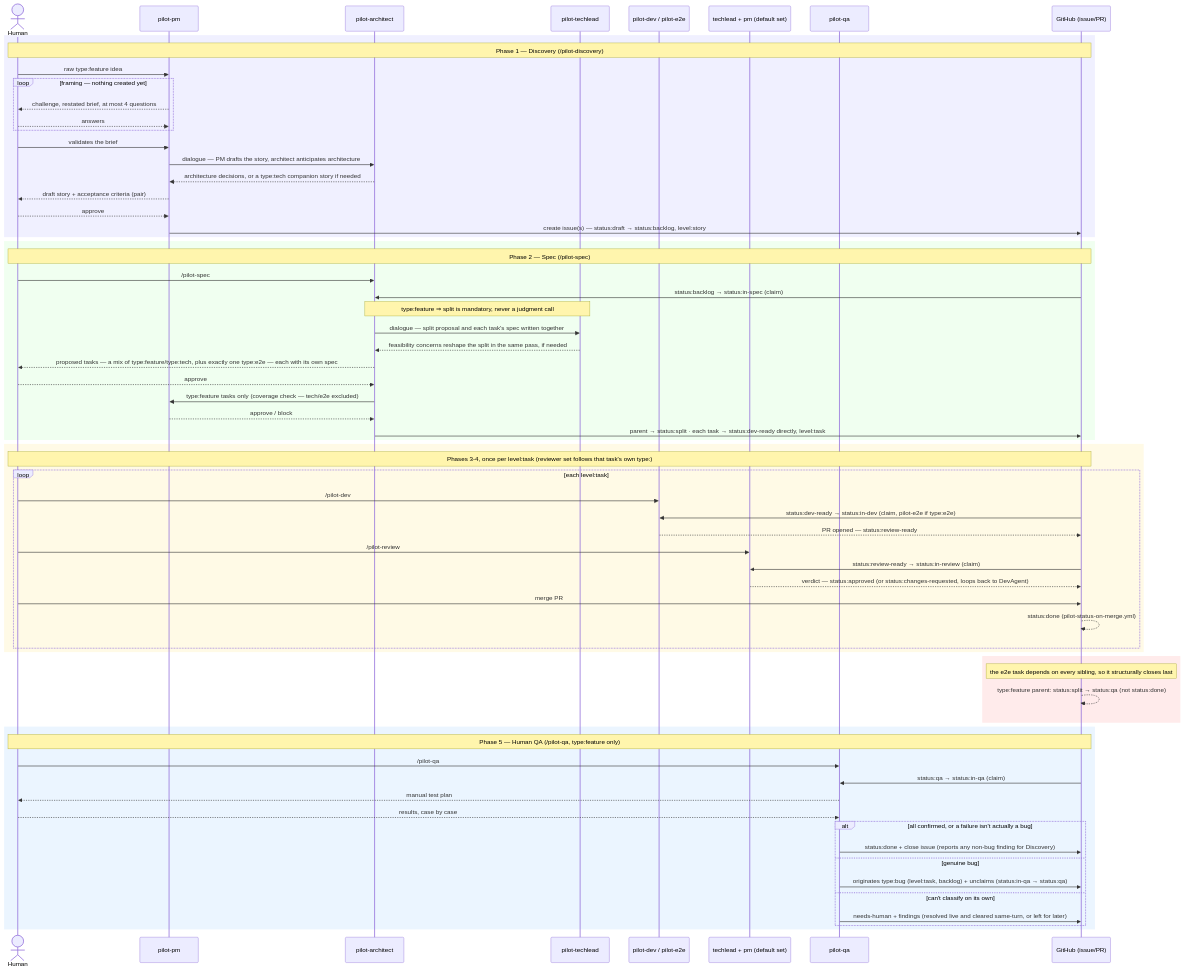
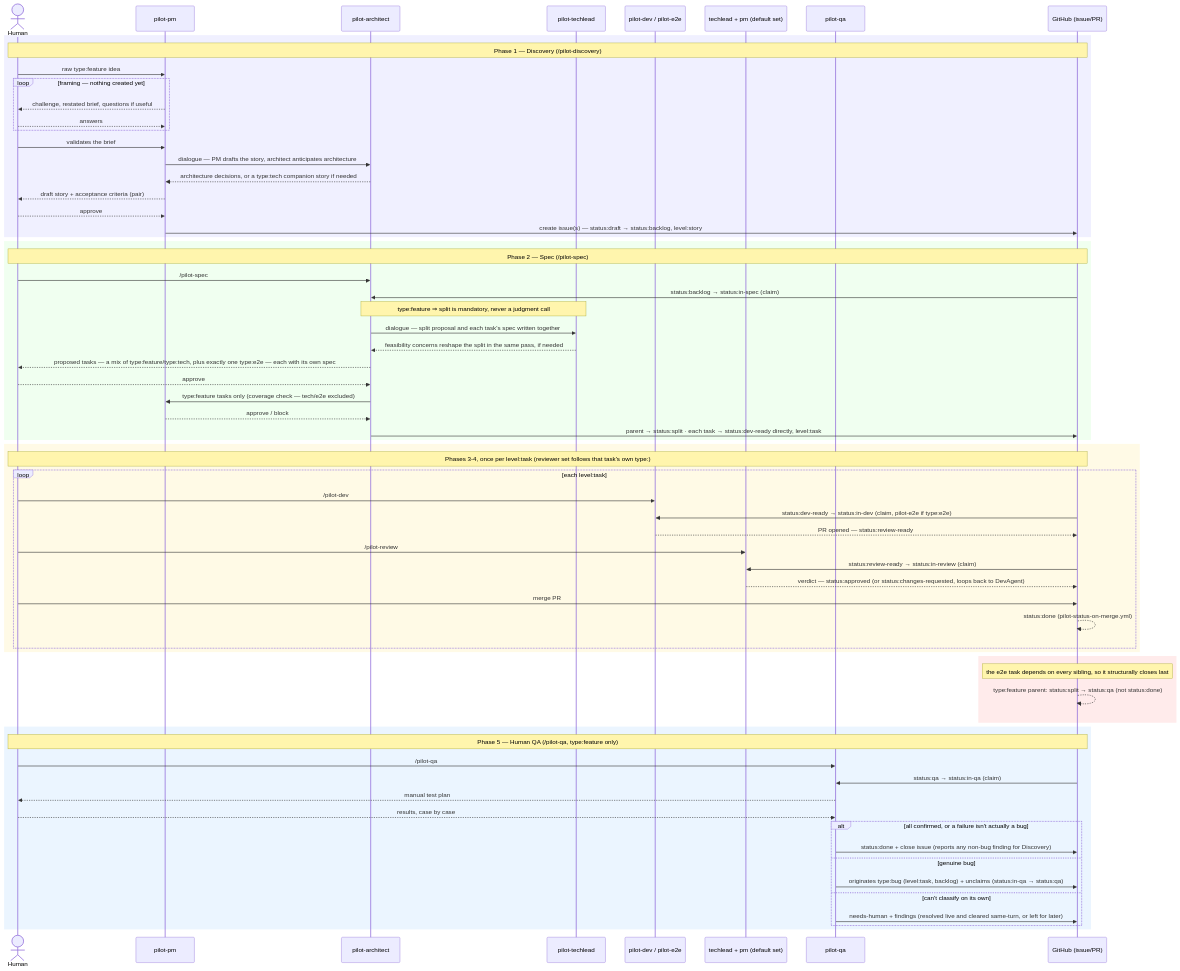
Before and after one commit to Jonas-Eve/pilot: the diagram in assets/docs/pilot-process-companion.md, drawn with Mermaid. The commit also changed 6 other files, not shown here.

````diff
--- a/assets/docs/pilot-process-companion.md
+++ b/assets/docs/pilot-process-companion.md
@@ -131,74 +131,74 @@
 ```mermaid
 sequenceDiagram
     actor Human
     participant PM as pilot-pm
     participant Arch as pilot-architect
     participant Tech as pilot-techlead
     participant DevAgent as pilot-dev / pilot-e2e
     participant Rev as techlead + pm (default set)
     participant QAAgent as pilot-qa
     participant GH as GitHub (issue/PR)
 
     rect rgb(240,240,255)
     Note over Human,GH: Phase 1 — Discovery (/pilot-discovery)
     Human->>PM: raw type:feature idea
     loop framing — nothing created yet
-        PM-->>Human: challenge, restated brief, at most 4 questions
+        PM-->>Human: challenge, restated brief, questions if useful
         Human-->>PM: answers
     end
     Human->>PM: validates the brief
     PM->>Arch: dialogue — PM drafts the story, architect anticipates architecture
     Arch-->>PM: architecture decisions, or a type:tech companion story if needed
     PM-->>Human: draft story + acceptance criteria (pair)
     Human-->>PM: approve
     PM->>GH: create issue(s) — status:draft → status:backlog, level:story
     end
 
     rect rgb(240,255,240)
     Note over Human,GH: Phase 2 — Spec (/pilot-spec)
     Human->>Arch: /pilot-spec #12
     GH->>Arch: status:backlog → status:in-spec (claim)
     Note over Arch,Tech: type:feature ⇒ split is mandatory, never a judgment call
     Arch->>Tech: dialogue — split proposal and each task's spec written together
     Tech-->>Arch: feasibility concerns reshape the split in the same pass, if needed
     Arch-->>Human: proposed tasks — a mix of type:feature/type:tech, plus exactly one type:e2e — each with its own spec
     Human-->>Arch: approve
     Arch->>PM: type:feature tasks only (coverage check — tech/e2e excluded)
     PM-->>Arch: approve / block
     Arch->>GH: parent → status:split · each task → status:dev-ready directly, level:task
     end
 
     rect rgb(255,250,230)
     Note over Human,GH: Phases 3-4, once per level:task (reviewer set follows that task's own type:)
     loop each level:task
         Human->>DevAgent: /pilot-dev #<task>
         GH->>DevAgent: status:dev-ready → status:in-dev (claim, pilot-e2e if type:e2e)
         DevAgent-->>GH: PR opened — status:review-ready
         Human->>Rev: /pilot-review #<PR>
         GH->>Rev: status:review-ready → status:in-review (claim)
         Rev-->>GH: verdict — status:approved (or status:changes-requested, loops back to DevAgent)
         Human->>GH: merge PR
         GH-->>GH: status:done (pilot-status-on-merge.yml)
     end
     end
 
     rect rgb(255,235,235)
     Note over GH: the e2e task depends on every sibling, so it structurally closes last
     GH-->>GH: type:feature parent: status:split → status:qa (not status:done)
     end
 
     rect rgb(235,245,255)
     Note over Human,GH: Phase 5 — Human QA (/pilot-qa, type:feature only)
     Human->>QAAgent: /pilot-qa #12
     GH->>QAAgent: status:qa → status:in-qa (claim)
     QAAgent-->>Human: manual test plan
     Human-->>QAAgent: results, case by case
     alt all confirmed, or a failure isn't actually a bug
         QAAgent->>GH: status:done + close issue (reports any non-bug finding for Discovery)
     else genuine bug
         QAAgent->>GH: originates type:bug (level:task, backlog) + unclaims (status:in-qa → status:qa)
     else can't classify on its own
         QAAgent->>GH: needs-human + findings (resolved live and cleared same-turn, or left for later)
     end
     end
 ```
````
